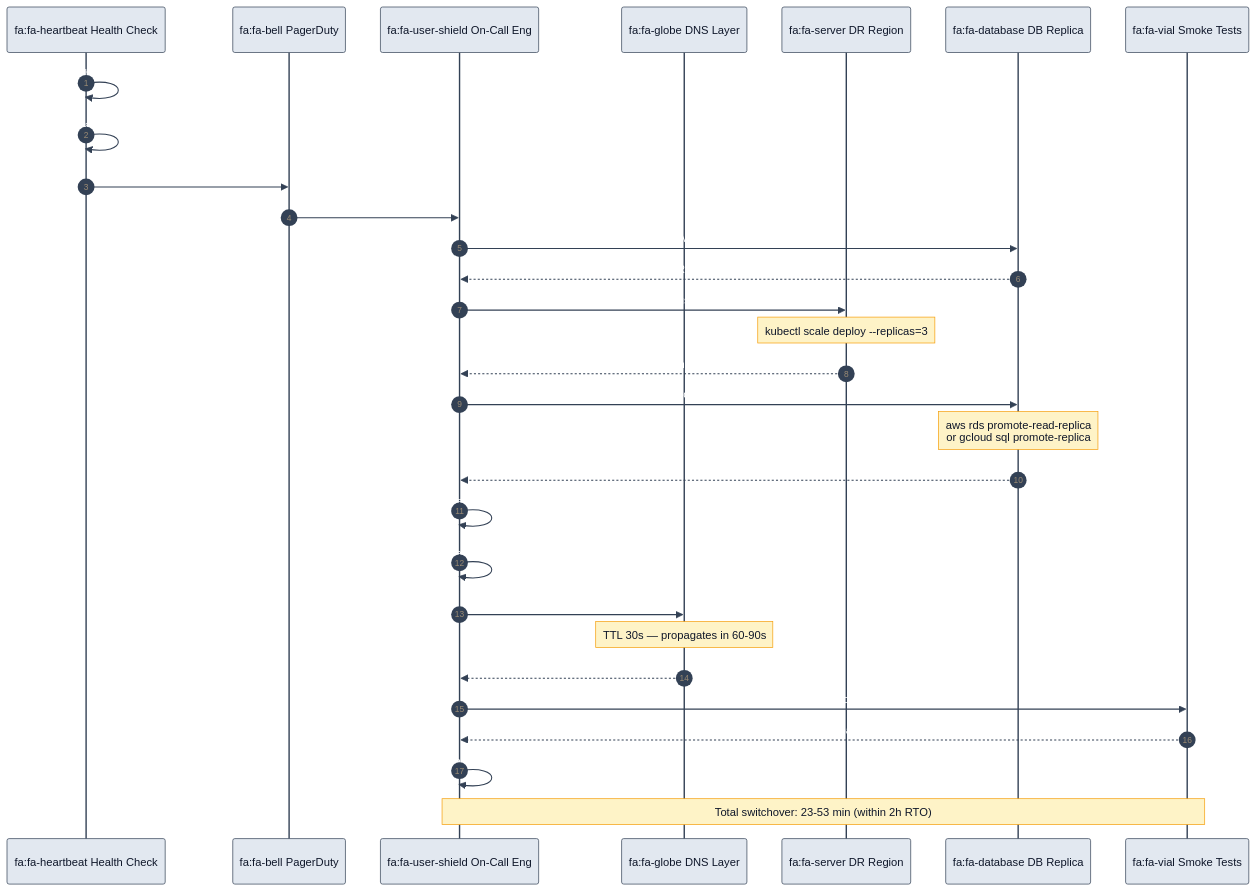
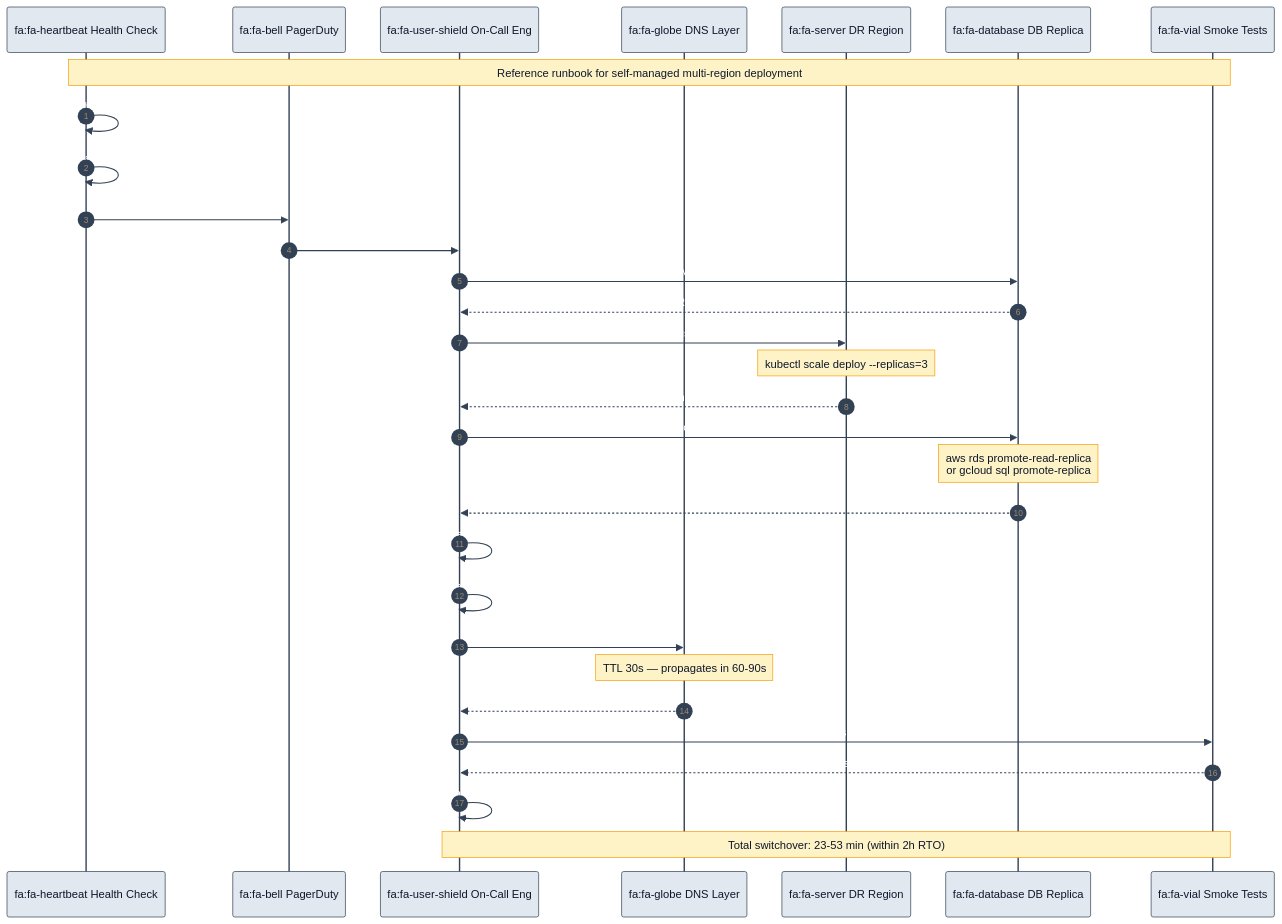
One commit to lvonguyen/cloudforge changed the diagram in docs/core/diagrams/failover-sequence.mmd. Above: the diagram before and after it, drawn with Mermaid. The commit also changed 54 other files, not shown here.

First line of the commit message:
docs: Figma-native CF.1-CF.8 diagram exports + stale render cleanup

```diff
--- a/docs/core/diagrams/failover-sequence.mmd
+++ b/docs/core/diagrams/failover-sequence.mmd
@@ -1,43 +1,45 @@
 %%{init: {'theme': 'base', 'themeVariables': {'fontFamily': 'Inter, system-ui, sans-serif', 'fontSize': '14px', 'primaryColor': '#1e40af', 'primaryTextColor': '#fff', 'primaryBorderColor': '#1e3a8a', 'lineColor': '#64748b', 'secondaryColor': '#ef4444', 'tertiaryColor': '#22c55e', 'actorTextColor': '#0f172a', 'actorBkg': '#e2e8f0', 'actorBorder': '#334155', 'signalColor': '#334155', 'noteBkgColor': '#fef3c7', 'noteTextColor': '#0f172a', 'noteBorderColor': '#f59e0b'}}}%%
 
 sequenceDiagram
     autonumber
     participant HC as fa:fa-heartbeat Health Check
     participant PD as fa:fa-bell PagerDuty
     participant OC as fa:fa-user-shield On-Call Eng
     participant DNS as fa:fa-globe DNS Layer
     participant DR as fa:fa-server DR Region
     participant DB as fa:fa-database DB Replica
     participant SM as fa:fa-vial Smoke Tests
+
+    Note over HC,SM: Reference runbook for self-managed multi-region deployment
 
     HC->>HC: GET /health every 10s
     HC->>HC: 3 consecutive failures detected
     HC->>PD: Alert: Primary region unhealthy
     PD->>OC: Page (immediate)
 
     OC->>DB: Verify replica lag < 60s
     DB-->>OC: Replication lag confirmed
 
     OC->>DR: Scale up K8s cluster
     Note over DR: kubectl scale deploy --replicas=3
 
     DR-->>OC: Pods Running + Readiness passed
 
     OC->>DB: Promote replica to primary
     Note over DB: aws rds promote-read-replica<br/>or gcloud sql promote-replica
 
     DB-->>OC: Promotion complete
 
     OC->>OC: Sync object storage (rclone delta)
     OC->>OC: Restore secrets to DR vault
 
     OC->>DNS: Update DNS record to DR endpoint
     Note over DNS: TTL 30s — propagates in 60-90s
 
     DNS-->>OC: Propagation confirmed
 
     OC->>SM: Run synthetic smoke tests
     SM-->>OC: All checks pass
 
     OC->>OC: Post status update to status page
     Note over OC,SM: Total switchover: 23-53 min (within 2h RTO)
```
